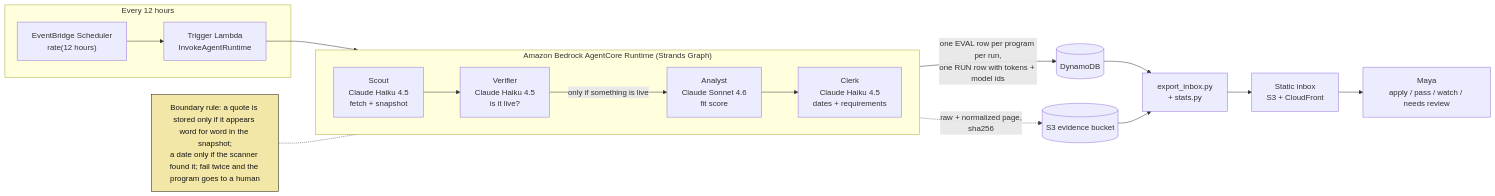
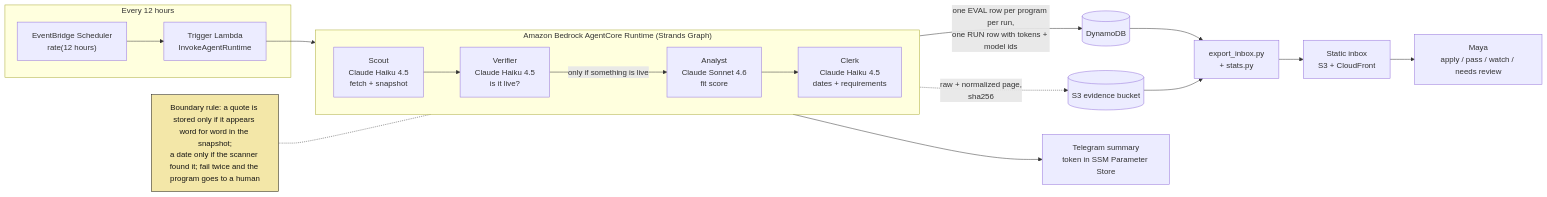
Before and after one commit to damli40/granthound: the diagram in docs/architecture.mmd, drawn with Mermaid. The commit also changed 6 other files, not shown here.

```diff
--- a/docs/architecture.mmd
+++ b/docs/architecture.mmd
@@ -1,20 +1,21 @@
 flowchart LR
   subgraph Schedule["Every 12 hours"]
     EB["EventBridge Scheduler<br/>rate(12 hours)"] --> L["Trigger Lambda<br/>InvokeAgentRuntime"]
   end
   L --> RT
   subgraph RT["Amazon Bedrock AgentCore Runtime (Strands Graph)"]
     direction LR
     S["Scout<br/>Claude Haiku 4.5<br/>fetch + snapshot"] --> V["Verifier<br/>Claude Haiku 4.5<br/>is it live?"]
     V -- "only if something is live" --> A["Analyst<br/>Claude Sonnet 4.6<br/>fit score"]
     A --> C["Clerk<br/>Claude Haiku 4.5<br/>dates + requirements"]
   end
   S -. "raw + normalized page,<br/>sha256" .-> S3[("S3 evidence bucket")]
   RT -- "one EVAL row per program per run,<br/>one RUN row with tokens + model ids" --> DDB[("DynamoDB")]
+  RT --> TG["Telegram summary<br/>token in SSM Parameter Store"]
   DDB --> X["export_inbox.py<br/>+ stats.py"]
   S3 --> X
   X --> WEB["Static inbox<br/>S3 + CloudFront"]
   WEB --> Maya["Maya<br/>apply / pass / watch / needs review"]
   classDef rule fill:#f3e7a8,stroke:#171614,color:#171614
   R["Boundary rule: a quote is stored only if it appears word for word in the snapshot;<br/>a date only if the scanner found it; fail twice and the program goes to a human"]:::rule
   R -.- RT
```
